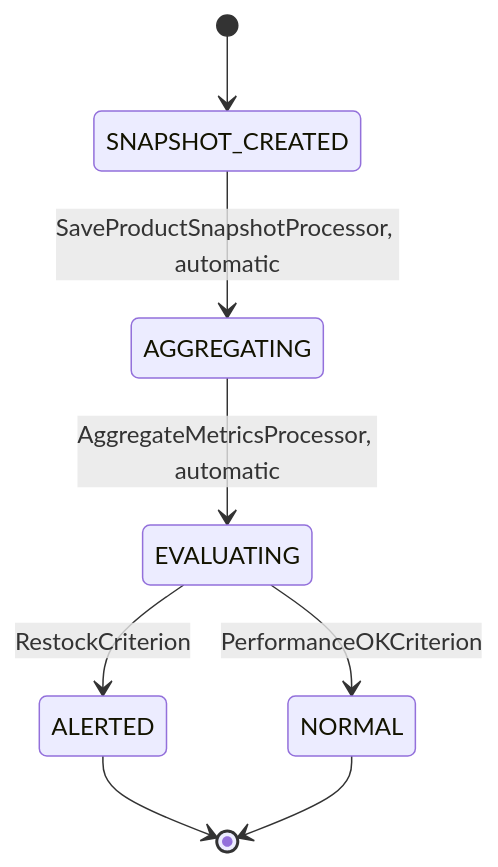
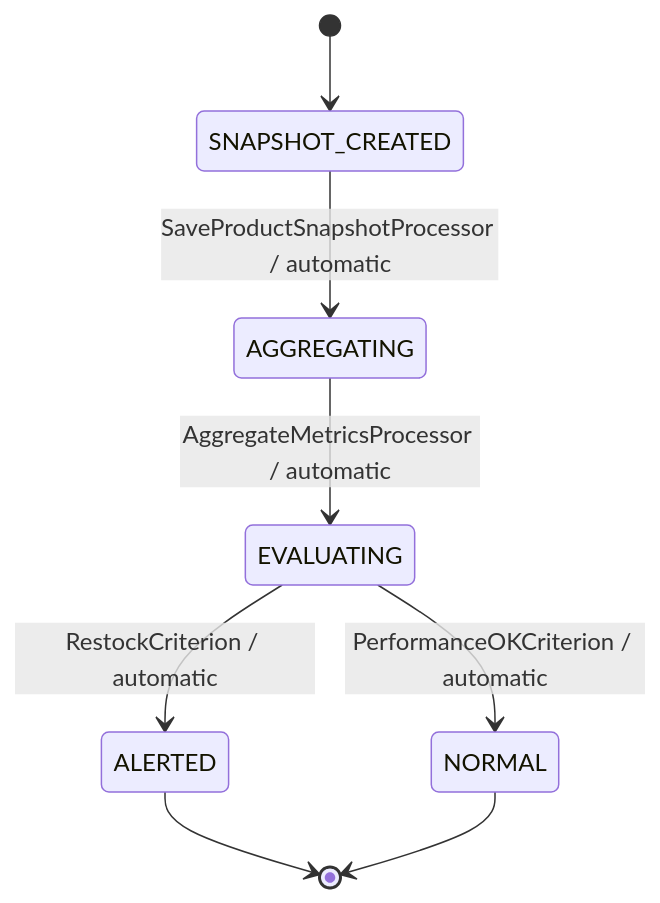
One commit to Cyoda-platform/java-client-template changed the second of 4 diagrams in src/main/java/com/java_template/prototype/functional_requirement.md. Above: the diagram before and after it, drawn with Mermaid. The commit also changed other lines of this file, not shown here.

````diff
--- a/src/main/java/com/java_template/prototype/functional_requirement.md
+++ b/src/main/java/com/java_template/prototype/functional_requirement.md
@@ -76,10 +127,10 @@
 ```mermaid
 stateDiagram-v2
     [*] --> SNAPSHOT_CREATED
-    SNAPSHOT_CREATED --> AGGREGATING : SaveProductSnapshotProcessor, automatic
-    AGGREGATING --> EVALUATING : AggregateMetricsProcessor, automatic
-    EVALUATING --> ALERTED : RestockCriterion
-    EVALUATING --> NORMAL : PerformanceOKCriterion
+    SNAPSHOT_CREATED --> AGGREGATING : SaveProductSnapshotProcessor / automatic
+    AGGREGATING --> EVALUATING : AggregateMetricsProcessor / automatic
+    EVALUATING --> ALERTED : RestockCriterion / automatic
+    EVALUATING --> NORMAL : PerformanceOKCriterion / automatic
     ALERTED --> [*]
     NORMAL --> [*]
 ```
````
